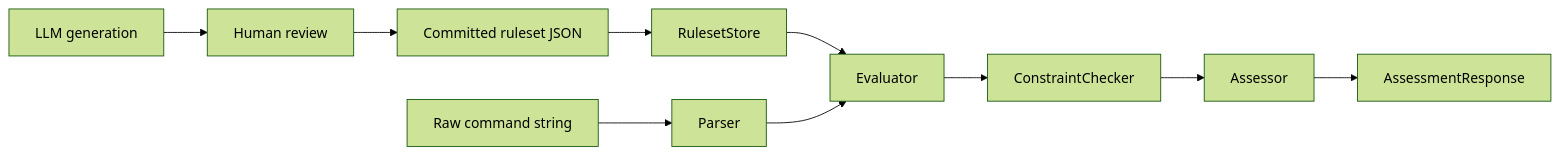
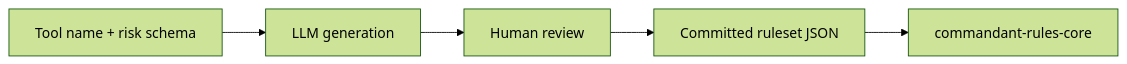
The first of 9 diagrams in DEVELOPMENT.md (ModelArmy/commandant.cr), drawn with Mermaid (forest theme) before and after one commit. The commit also changed other lines of this file and 9 other files, not shown here.

````diff
--- a/DEVELOPMENT.md
+++ b/DEVELOPMENT.md
@@ -42,12 +44,7 @@
 ```mermaid
 flowchart LR
-    A[LLM generation] --> B[Human review]
-    B --> C[Committed ruleset JSON]
-    C --> D[RulesetStore]
-    D --> E[Evaluator]
-    F[Raw command string] --> G[Parser]
-    G --> E
-    E --> H[ConstraintChecker]
-    H --> I[Assessor]
-    I --> J[AssessmentResponse]
+    A[Tool name + risk schema] --> B[LLM generation]
+    B --> C[Human review]
+    C --> D[Committed ruleset JSON]
+    D --> E[commandant-rules-core]
 ```
````
